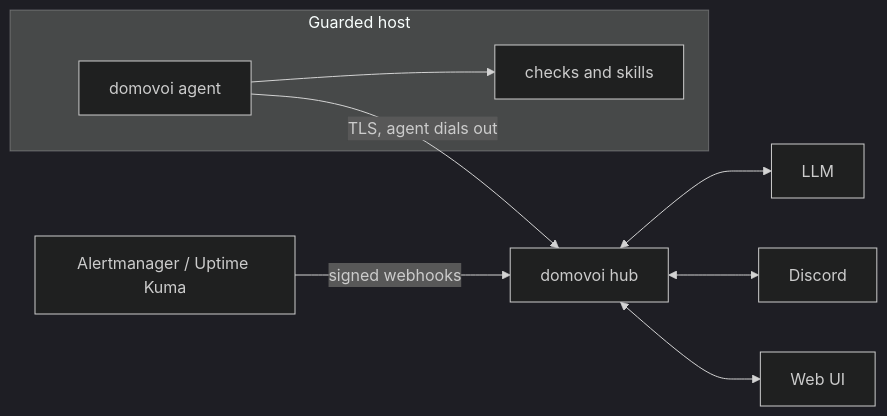
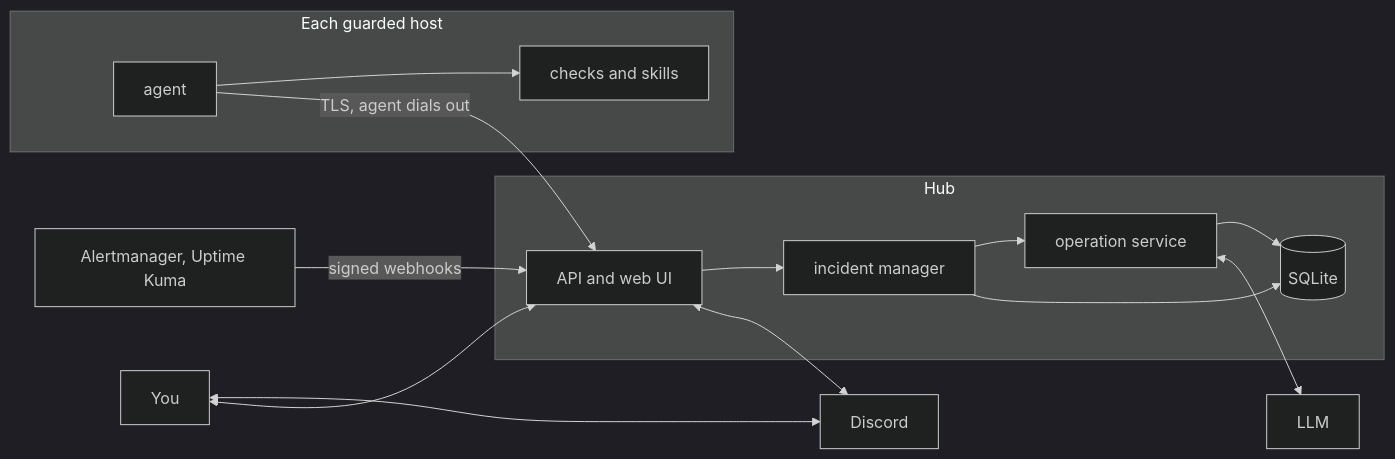
One commit to RoastSlav/domovoi changed the first of 3 diagrams in README.md. Above: the diagram before and after it, drawn with Mermaid (dark theme). The commit also changed other lines of this file and 4 other files, not shown here.

````diff
--- a/README.md
+++ b/README.md
@@ -30,11 +87,18 @@
 ```mermaid
 flowchart LR
-  subgraph Guarded host
-    A[domovoi agent] --> S[checks and skills]
+  subgraph host["Each guarded host"]
+    A[agent] --> C[checks and skills]
   end
-  A -- TLS, agent dials out --> H[domovoi hub]
-  W[Alertmanager / Uptime Kuma] -- signed webhooks --> H
-  H <--> L[LLM]
+  A -- "TLS, agent dials out" --> H
+  K[Alertmanager, Uptime Kuma] -- "signed webhooks" --> H
+  subgraph hub["Hub"]
+    H[API and web UI] --> I[incident manager]
+    I --> O[operation service]
+    I --> DB[(SQLite)]
+    O --> DB
+  end
+  O <--> L[LLM]
   H <--> D[Discord]
-  H <--> UI[Web UI]
+  U[You] <--> D
+  U <--> H
 ```
````
